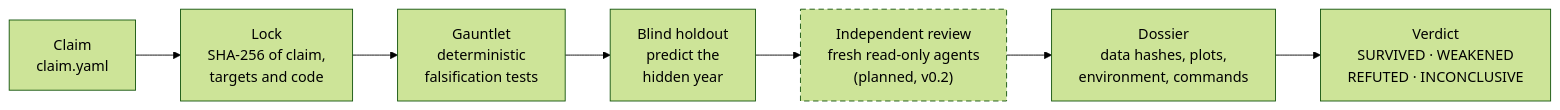
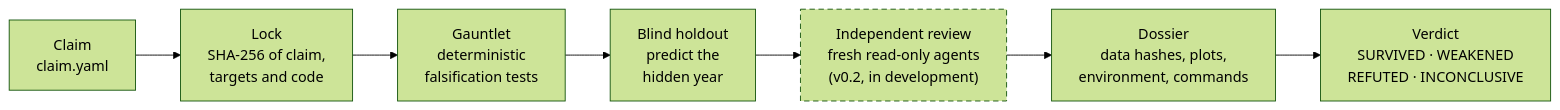
One commit to klucilla/refute changed the diagram in README.md. Above: the diagram before and after it, drawn with Mermaid (forest theme). The commit also changed other lines of this file and 8 other files, not shown here.

````diff
--- a/README.md
+++ b/README.md
@@ -78,11 +79,11 @@
 ```mermaid
 flowchart LR
     A["Claim<br/>claim.yaml"] --> B["Lock<br/>SHA-256 of claim,<br/>targets and code"]
     B --> C["Gauntlet<br/>deterministic<br/>falsification tests"]
     C --> D["Blind holdout<br/>predict the<br/>hidden year"]
-    D --> E["Independent review<br/>fresh read-only agents<br/>(planned, v0.2)"]
+    D --> E["Independent review<br/>fresh read-only agents<br/>(v0.2, in development)"]
     E --> F["Dossier<br/>data hashes, plots,<br/>environment, commands"]
     F --> G["Verdict<br/>SURVIVED · WEAKENED<br/>REFUTED · INCONCLUSIVE"]
     classDef planned stroke-dasharray: 6 4
     class E planned
 ```
````
